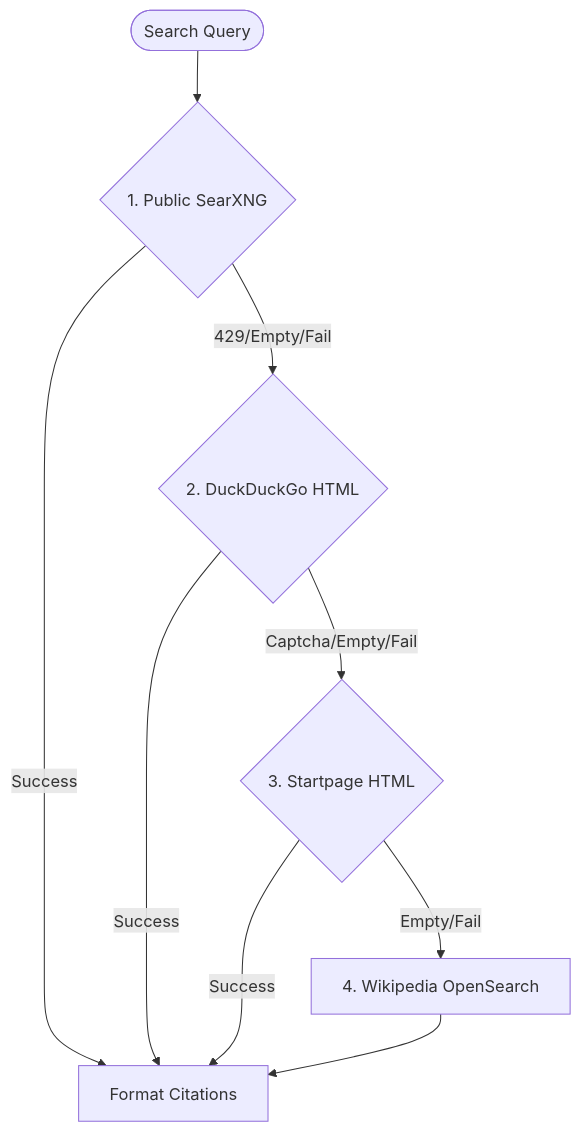
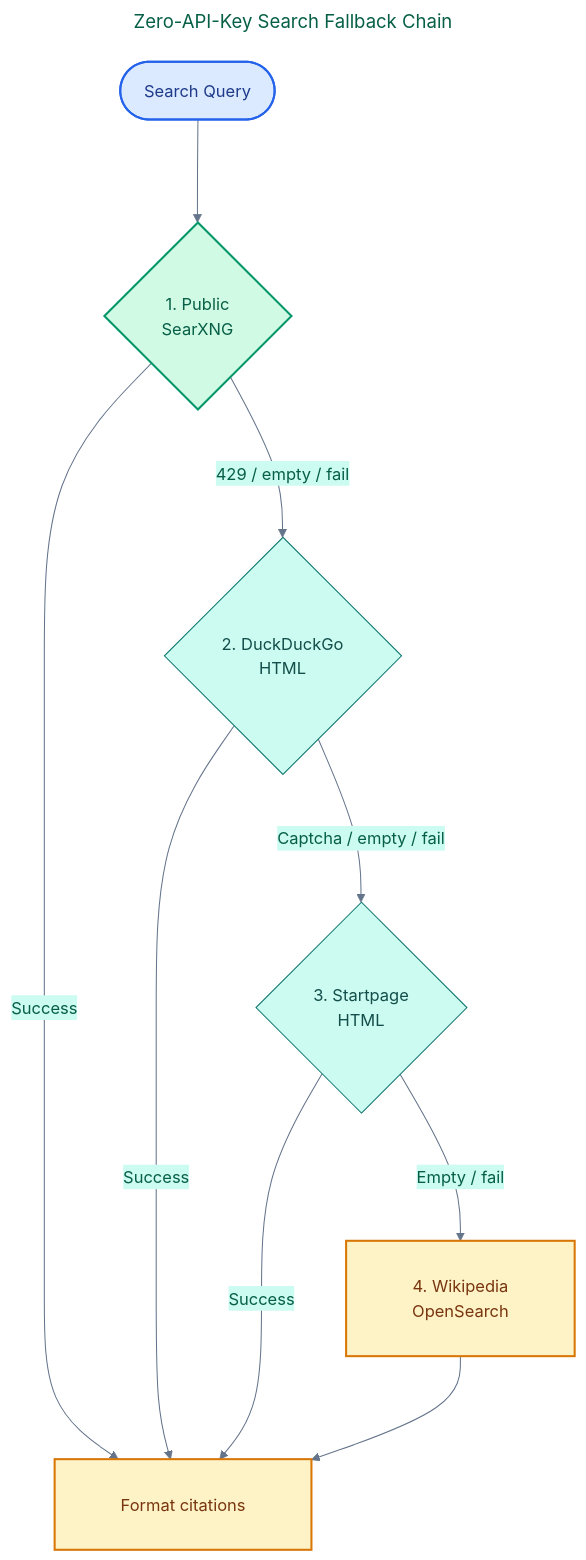
Before and after one commit to andycungkrinx91/konoha: the diagram in docs/SETUP-SEARXNG.md, drawn with Mermaid. The commit also changed other lines of this file and 218 other files, not shown here.

````diff
--- a/docs/SETUP-SEARXNG.md
+++ b/docs/SETUP-SEARXNG.md
@@ -11,11 +13,39 @@
 ```mermaid
-graph TD
-    Query([Search Query]) --> S1{1. Public SearXNG}
-    S1 -->|Success| Return[Format Citations]
-    S1 -->|429/Empty/Fail| S2{2. DuckDuckGo HTML}
-    S2 -->|Success| Return
-    S2 -->|Captcha/Empty/Fail| S3{3. Startpage HTML}
-    S3 -->|Success| Return
-    S3 -->|Empty/Fail| S4[4. Wikipedia OpenSearch]
-    S4 --> Return
+---
+title: Zero-API-Key Search Fallback Chain
+config:
+  theme: base
+  themeVariables:
+    background: '#ffffff'
+    primaryColor: '#d1fae5'
+    primaryTextColor: '#065f46'
+    primaryBorderColor: '#059669'
+    lineColor: '#64748b'
+    secondaryColor: '#ccfbf1'
+    tertiaryColor: '#fef3c7'
+    fontFamily: 'Inter, ui-sans-serif, system-ui, sans-serif'
+  flowchart:
+    nodeSpacing: 80
+    rankSpacing: 100
+    padding: 32
+    wrappingWidth: 320
+---
+flowchart TD
+    Query([Search Query]) --> Searx{1. Public<br/>SearXNG}
+    Searx -->|Success| Return[Format citations]
+    Searx -->|429 / empty / fail| DDG{2. DuckDuckGo<br/>HTML}
+    DDG -->|Success| Return
+    DDG -->|Captcha / empty / fail| Startpage{3. Startpage<br/>HTML}
+    Startpage -->|Success| Return
+    Startpage -->|Empty / fail| Wikipedia[4. Wikipedia<br/>OpenSearch]
+    Wikipedia --> Return
+
+    classDef input fill:#dbeafe,stroke:#2563eb,color:#1e3a8a,stroke-width:2px
+    classDef primary fill:#d1fae5,stroke:#059669,color:#065f46,stroke-width:2px
+    classDef fallback fill:#ccfbf1,stroke:#0f766e,color:#134e4a
+    classDef final fill:#fef3c7,stroke:#d97706,color:#78350f,stroke-width:2px
+    class Query input
+    class Searx primary
+    class DDG,Startpage fallback
+    class Wikipedia,Return final
 ```
````
